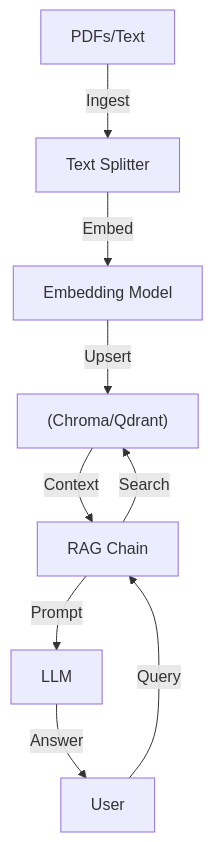
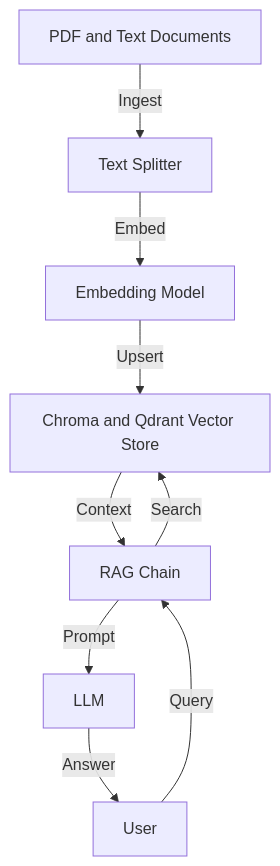
One commit to sricheru/agentic-ai-portfolio changed the fourth of 20 diagrams in genai_enterprise_usecases/ARCHITECTURE_GUIDE.md. Above: the diagram before and after it, drawn with Mermaid. The commit also changed other lines of this file, not shown here.

Commit message:
fix(mermaid): completely sanitize all node shapes and labels for GitHub compatibility

````diff
--- a/genai_enterprise_usecases/ARCHITECTURE_GUIDE.md
+++ b/genai_enterprise_usecases/ARCHITECTURE_GUIDE.md
@@ -83,12 +82,11 @@
 ```mermaid
 graph TD
-    Docs["PDFs/Text"] -->|Ingest| Splitter[Text Splitter]
+    Docs["PDF and Text Documents"] -->|Ingest| Splitter[Text Splitter]
     Splitter -->|Embed| Model[Embedding Model]
-    Model -->|Upsert| VectorDB["(Chroma/Qdrant)"]
-    
+    Model -->|Upsert| VectorDB["Chroma and Qdrant Vector Store"]
     User -->|Query| Chain[RAG Chain]
     Chain -->|Search| VectorDB
     VectorDB -->|Context| Chain
     Chain -->|Prompt| LLM
     LLM -->|Answer| User
 ```
````
